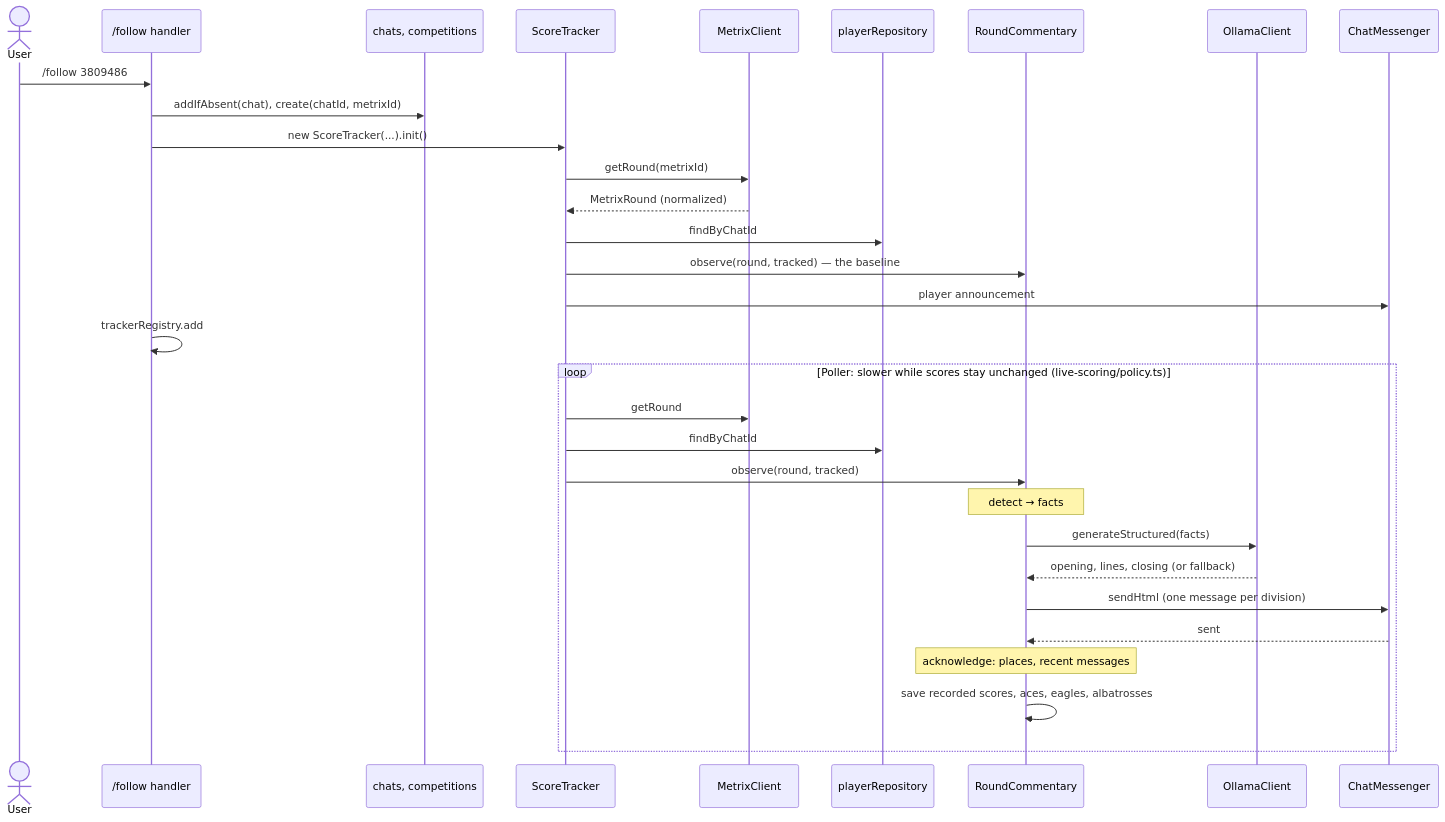
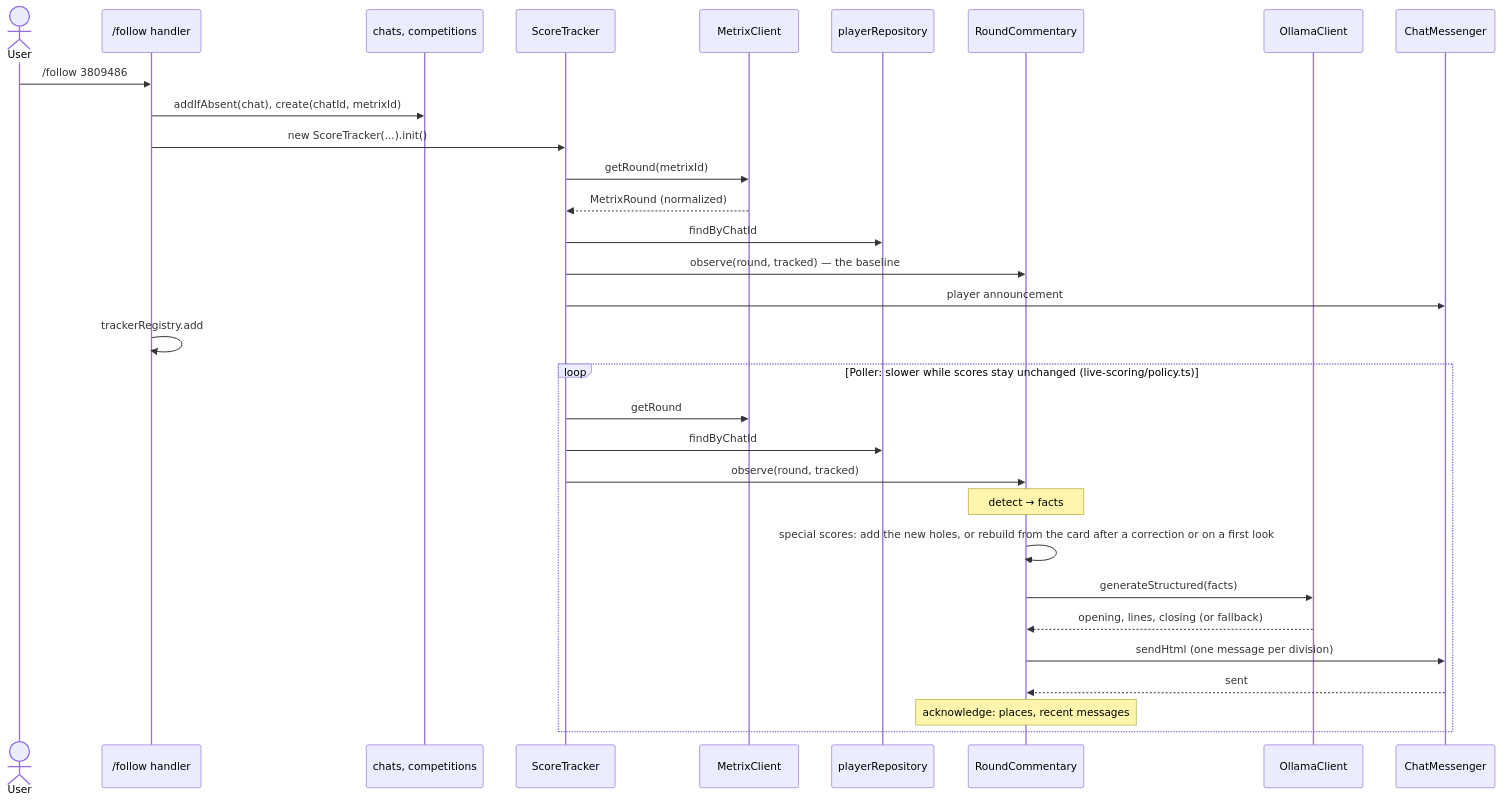
The first of 2 diagrams in docs/architecture/live-scoring.md (saarinenvh/sakariheitaja), drawn with Mermaid before and after one commit. The commit also changed 20 other files, not shown here.

First line of the commit message:
fix: give special scores a hole, so corrections and restarts keep them right

````diff
--- a/docs/architecture/live-scoring.md
+++ b/docs/architecture/live-scoring.md
@@ -10,35 +10,35 @@
 ```mermaid
 sequenceDiagram
     actor User
     participant Cmd as /follow handler
     participant Comp as chats, competitions
     participant Tracker as ScoreTracker
     participant Metrix as MetrixClient
     participant Players as playerRepository
     participant Commentary as RoundCommentary
     participant Ollama as OllamaClient
     participant Messenger as ChatMessenger
 
     User->>Cmd: /follow 3809486
     Cmd->>Comp: addIfAbsent(chat), create(chatId, metrixId)
     Cmd->>Tracker: new ScoreTracker(...).init()
     Tracker->>Metrix: getRound(metrixId)
     Metrix-->>Tracker: MetrixRound (normalized)
     Tracker->>Players: findByChatId
     Tracker->>Commentary: observe(round, tracked) — the baseline
     Tracker->>Messenger: player announcement
     Cmd->>Cmd: trackerRegistry.add
 
     loop Poller: slower while scores stay unchanged (live-scoring/policy.ts)
         Tracker->>Metrix: getRound
         Tracker->>Players: findByChatId
         Tracker->>Commentary: observe(round, tracked)
         Note over Commentary: detect → facts
+        Commentary->>Commentary: special scores: add the new holes, or rebuild from the card after a correction or on a first look
         Commentary->>Ollama: generateStructured(facts)
         Ollama-->>Commentary: opening, lines, closing (or fallback)
         Commentary->>Messenger: sendHtml (one message per division)
         Messenger-->>Commentary: sent
         Note over Commentary: acknowledge: places, recent messages
-        Commentary->>Commentary: save recorded scores, aces, eagles, albatrosses
     end
 ```
````
